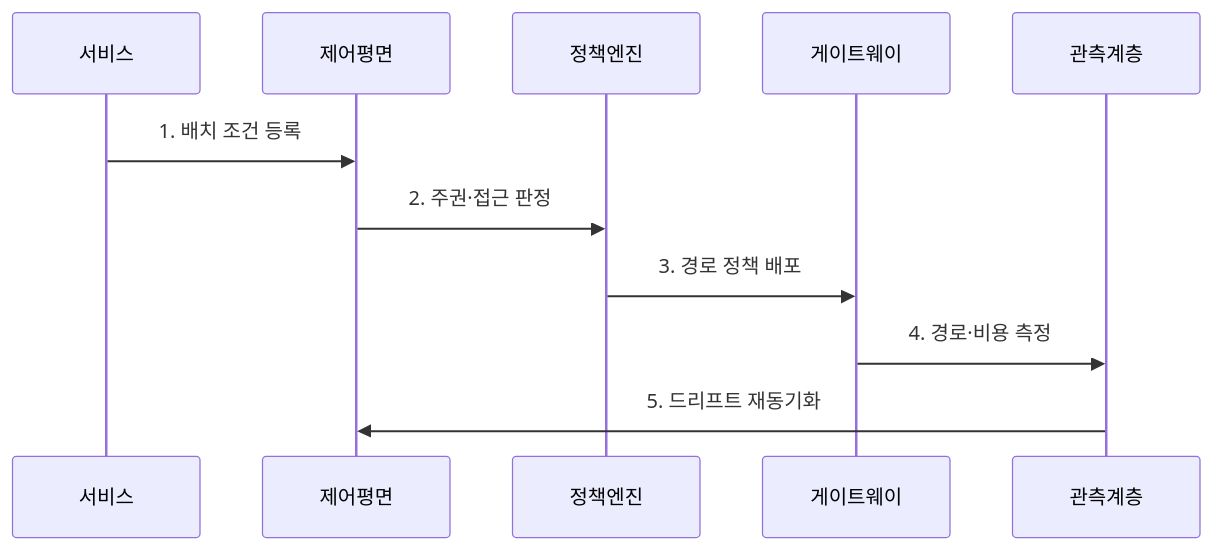
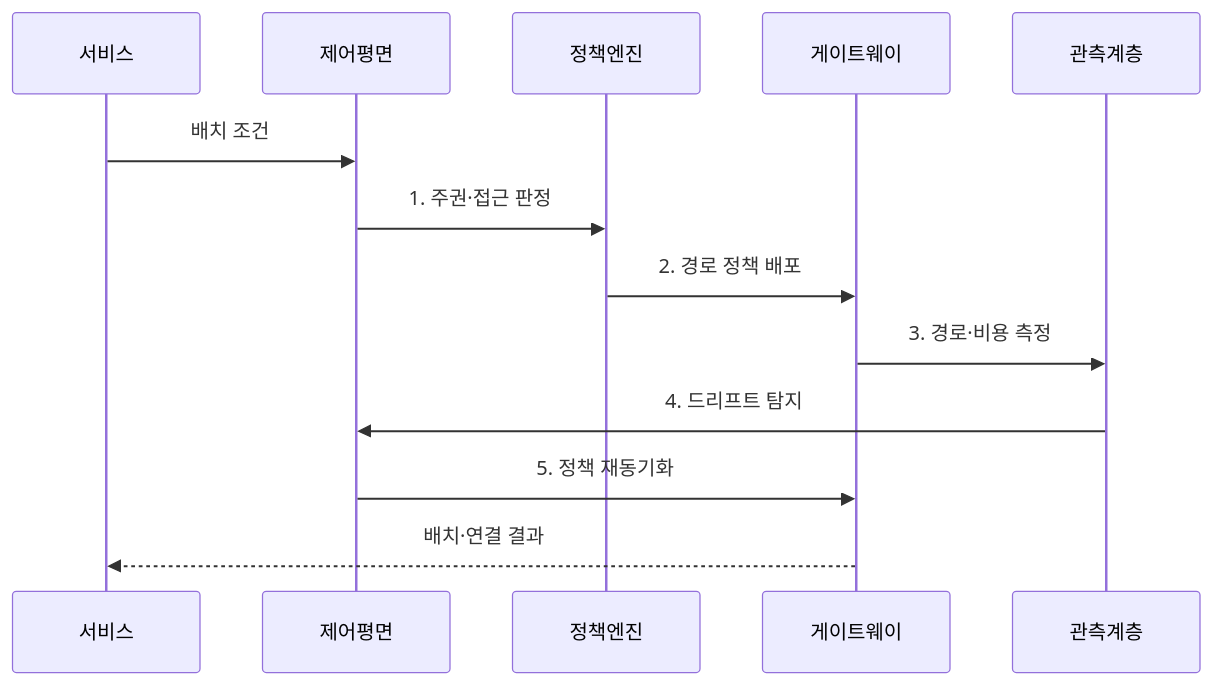
One commit to agnusdei1207/knowledge-base changed the second of 2 diagrams in src/content/docs/notes/04-network/101_distributed_cloud_networking.md. Above: the diagram before and after it, drawn with Mermaid. The commit also changed other lines of this file and 16 other files, not shown here.

````diff
--- a/src/content/docs/notes/04-network/101_distributed_cloud_networking.md
+++ b/src/content/docs/notes/04-network/101_distributed_cloud_networking.md
@@ -80,13 +82,15 @@
 ```mermaid
 sequenceDiagram
     participant 서비스
     participant 제어평면
     participant 정책엔진
     participant 게이트웨이
     participant 관측계층
-    서비스->>제어평면: 1. 배치 조건 등록
-    제어평면->>정책엔진: 2. 주권·접근 판정
-    정책엔진->>게이트웨이: 3. 경로 정책 배포
-    게이트웨이->>관측계층: 4. 경로·비용 측정
-    관측계층->>제어평면: 5. 드리프트 재동기화
+    서비스->>제어평면: 배치 조건
+    제어평면->>정책엔진: 1. 주권·접근 판정
+    정책엔진->>게이트웨이: 2. 경로 정책 배포
+    게이트웨이->>관측계층: 3. 경로·비용 측정
+    관측계층->>제어평면: 4. 드리프트 탐지
+    제어평면->>게이트웨이: 5. 정책 재동기화
+    게이트웨이-->>서비스: 배치·연결 결과
 ```
````
